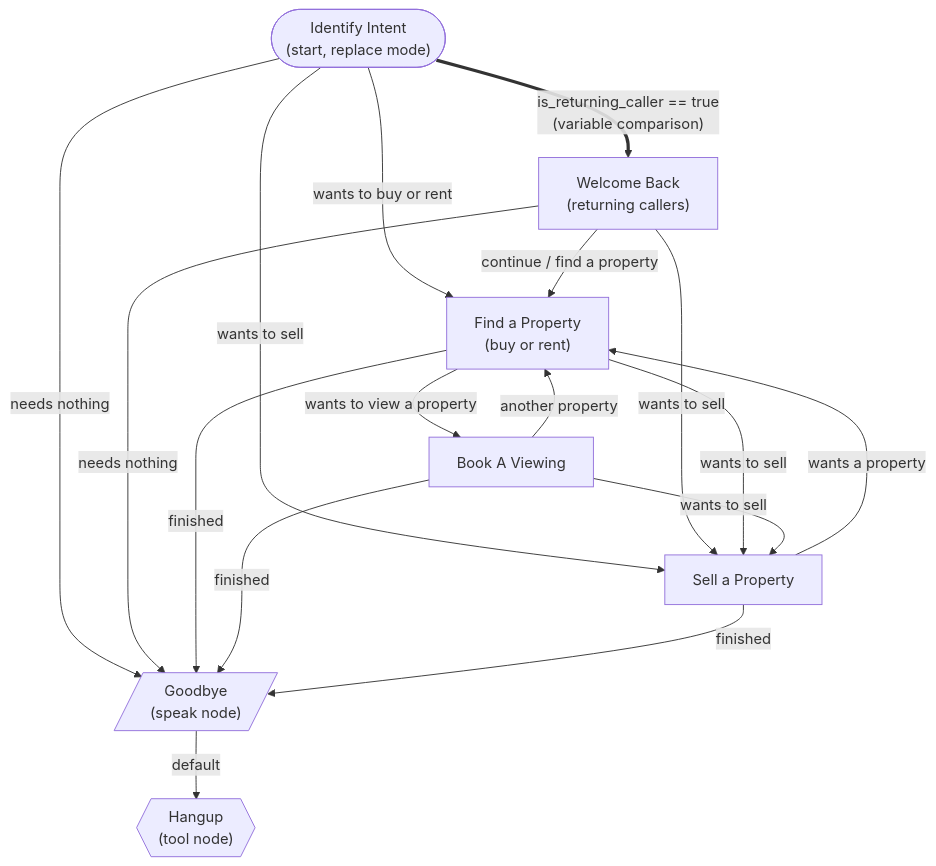
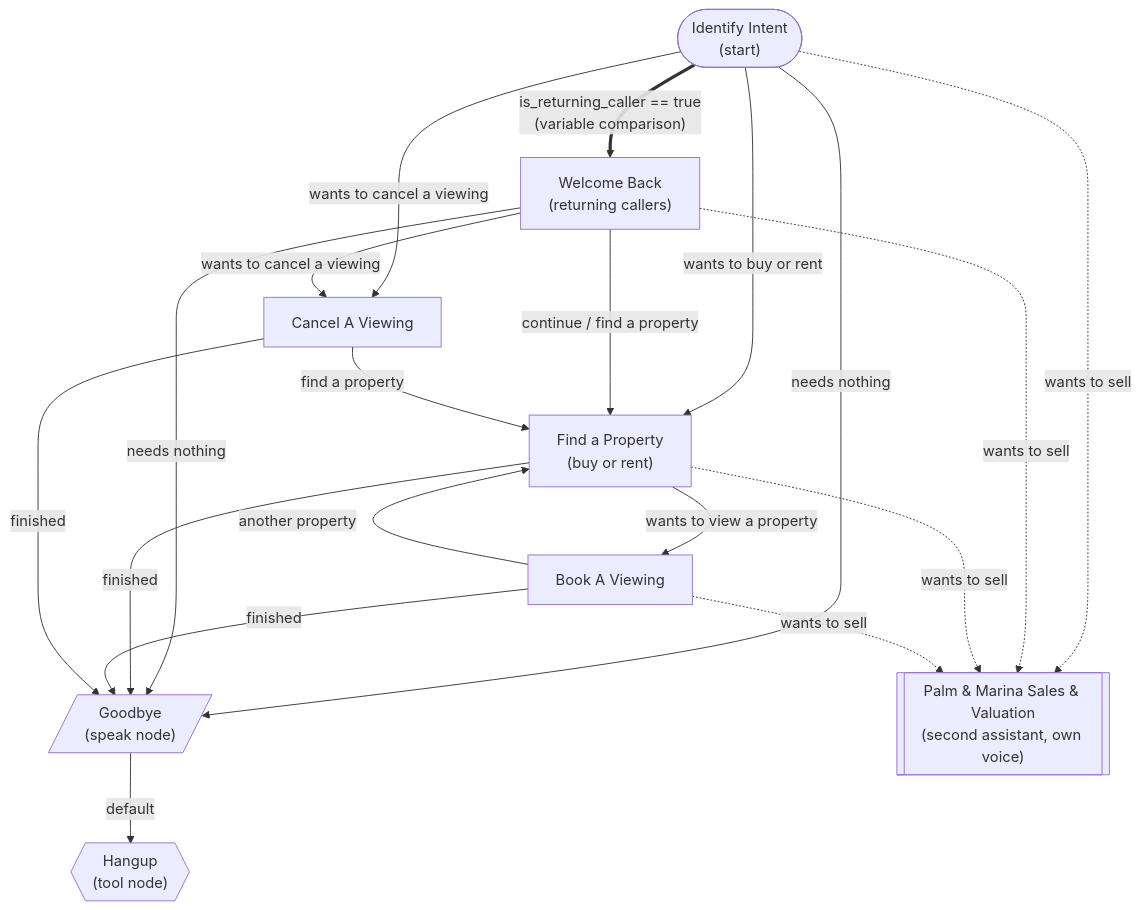
Before and after one commit to assoumaaa/telnyx-real-estate: the third of 4 diagrams in README.md, drawn with Mermaid. The commit also changed other lines of this file, not shown here.

First line of the commit message:
Document the listings assistant, caller memory, error handling and a command cheat sheet

````diff
--- a/README.md
+++ b/README.md
@@ -97,27 +105,30 @@
 ```mermaid
 flowchart TD
-    start(["Identify Intent<br/>(start, replace mode)"])
+    start(["Identify Intent<br/>(start)"])
     welcome["Welcome Back<br/>(returning callers)"]
     find["Find a Property<br/>(buy or rent)"]
-    sell["Sell a Property"]
     book["Book A Viewing"]
+    cancel["Cancel A Viewing"]
     bye[/"Goodbye<br/>(speak node)"/]
     hang{{"Hangup<br/>(tool node)"}}
+    listings[["Palm & Marina Sales & Valuation<br/>(second assistant, own voice)"]]
 
     start == "is_returning_caller == true<br/>(variable comparison)" ==> welcome
     start -- "wants to buy or rent" --> find
-    start -- "wants to sell" --> sell
+    start -- "wants to cancel a viewing" --> cancel
     start -- "needs nothing" --> bye
     welcome -- "continue / find a property" --> find
-    welcome -- "wants to sell" --> sell
+    welcome -- "wants to cancel a viewing" --> cancel
     welcome -- "needs nothing" --> bye
     find -- "wants to view a property" --> book
-    find -- "wants to sell" --> sell
     find -- "finished" --> bye
     book -- "another property" --> find
-    book -- "wants to sell" --> sell
     book -- "finished" --> bye
-    sell -- "wants a property" --> find
-    sell -- "finished" --> bye
+    cancel -- "find a property" --> find
+    cancel -- "finished" --> bye
     bye -- "default" --> hang
+    start -. "wants to sell" .-> listings
+    welcome -. "wants to sell" .-> listings
+    find -. "wants to sell" .-> listings
+    book -. "wants to sell" .-> listings
 ```
````
